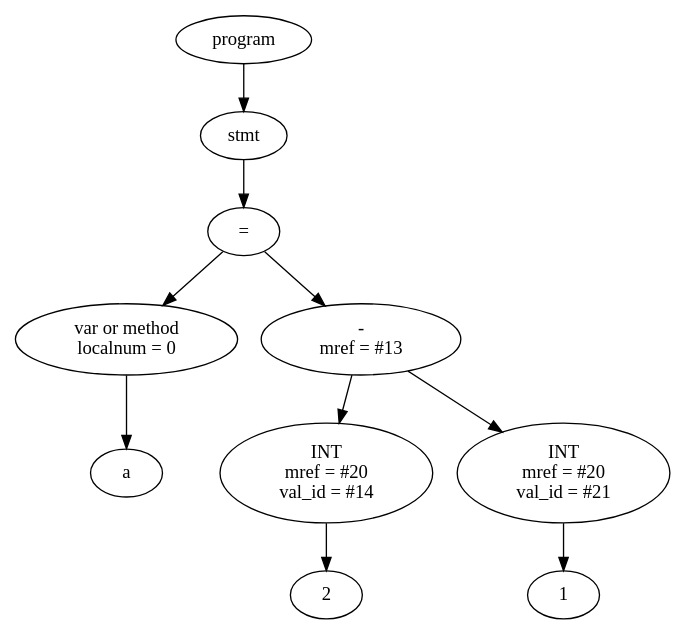
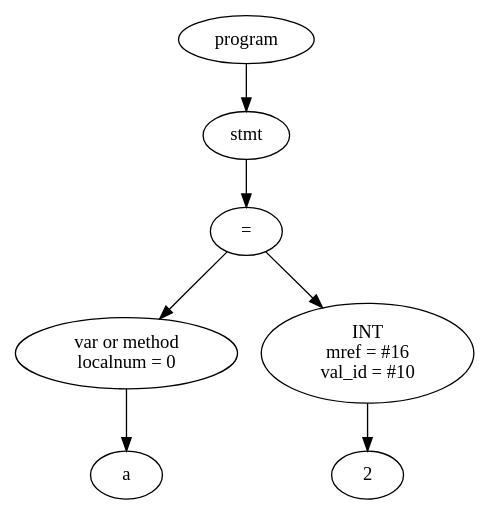
Before and after one commit to vitek999/ruby_compiler: the diagram in RubyCompiler/tree.dot, drawn with Graphviz. The commit also changed 9 other files, not shown here.

```diff
--- a/RubyCompiler/tree.dot
+++ b/RubyCompiler/tree.dot
@@ -1,21 +1,15 @@
 digraph G {
-Id01788B88 [label="program"]
-Id01793DA0 [label="stmt"]
-Id01793D40 [label="="]
-Id01793BC0 [label="var or method\n localnum = 0"]
-IdVal01793BC0 [label="a"]
-Id01793BC0->IdVal01793BC0
-Id01793CE0 [label="-\n mref = #13"]
-Id01793C20 [label="INT\n mref = #20\n val_id = #14"]
-IdVal01793C20 [label="2"]
-Id01793C20->IdVal01793C20
-Id01793C80 [label="INT\n mref = #20\n val_id = #21"]
-IdVal01793C80 [label="1"]
-Id01793C80->IdVal01793C80
-Id01793CE0->Id01793C20
-Id01793CE0->Id01793C80
-Id01793D40->Id01793BC0
-Id01793D40->Id01793CE0
-Id01793DA0->Id01793D40
-Id01788B88->Id01793DA0
+Id011C8DC0 [label="program"]
+Id011D3CF8 [label="stmt"]
+Id011D3C98 [label="="]
+Id011D3BD8 [label="var or method\n localnum = 0"]
+IdVal011D3BD8 [label="a"]
+Id011D3BD8->IdVal011D3BD8
+Id011D3C38 [label="INT\n mref = #16\n val_id = #10"]
+IdVal011D3C38 [label="2"]
+Id011D3C38->IdVal011D3C38
+Id011D3C98->Id011D3BD8
+Id011D3C98->Id011D3C38
+Id011D3CF8->Id011D3C98
+Id011C8DC0->Id011D3CF8
 }
```
